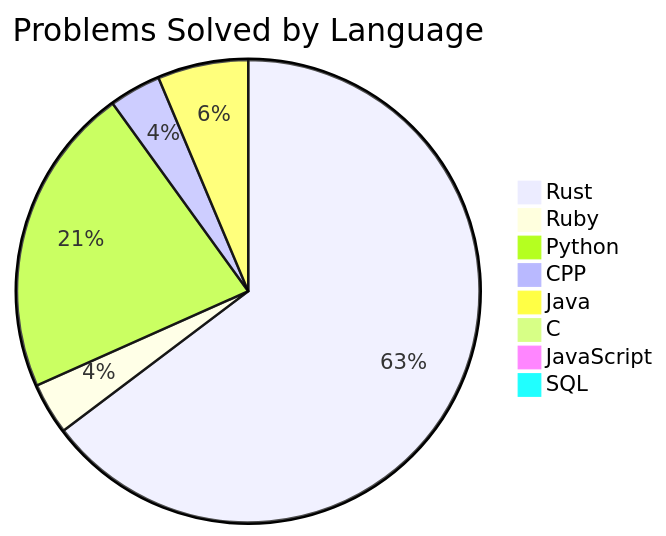
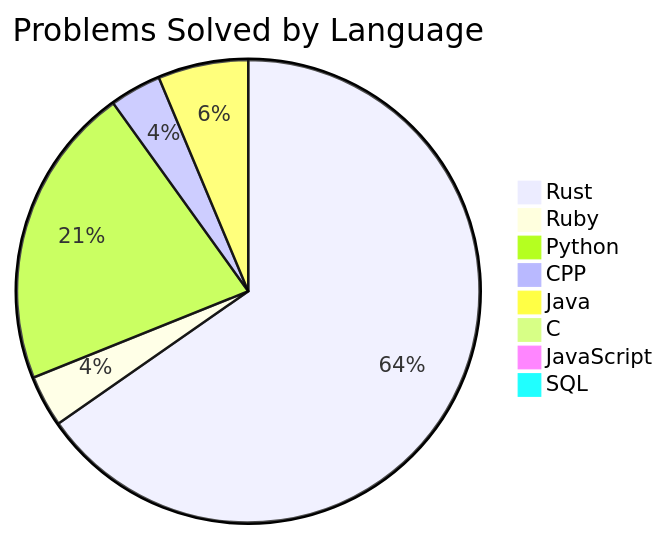
Before and after one commit to Liam-Wirth/leetcode-solutions: the second of 2 diagrams in README.md, drawn with Mermaid. The commit also changed other lines of this file and 7 other files, not shown here.

````diff
--- a/README.md
+++ b/README.md
@@ -46,11 +46,11 @@
 ```mermaid
 pie title Problems Solved by Language
-    "Rust": 143
+    "Rust": 145
     "Ruby": 8
-    "Python": 48
+    "Python": 47
     "CPP": 8
     "Java": 14
     "C": 1
     "JavaScript": 2
     "SQL": 2
 ```
````
